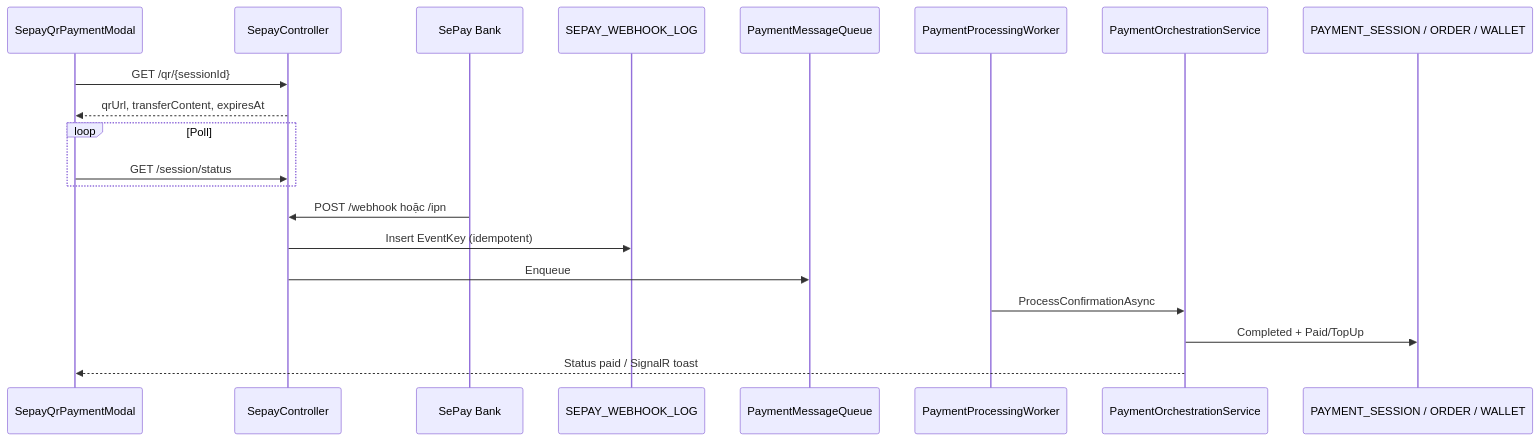
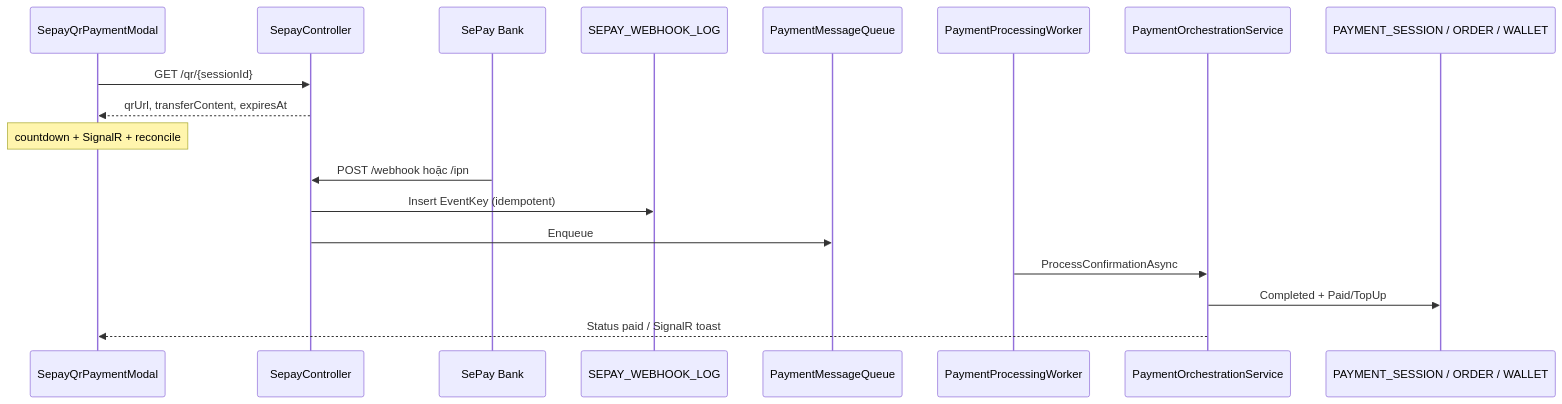
The diagram in docs/workflows/Payment_Sepay_Workflow.md (hieunh2xx/Shopping-Food), drawn with Mermaid before and after one commit. The commit also changed other lines of this file and 12 other files, not shown here.

````diff
--- a/docs/workflows/Payment_Sepay_Workflow.md
+++ b/docs/workflows/Payment_Sepay_Workflow.md
@@ -22,23 +205,21 @@
 ```mermaid
 sequenceDiagram
     participant FE as SepayQrPaymentModal
     participant SC as SepayController
     participant SePay as SePay Bank
     participant Log as SEPAY_WEBHOOK_LOG
     participant Q as PaymentMessageQueue
     participant W as PaymentProcessingWorker
     participant Orch as PaymentOrchestrationService
     participant DB as PAYMENT_SESSION / ORDER / WALLET
 
     FE->>SC: GET /qr/{sessionId}
     SC-->>FE: qrUrl, transferContent, expiresAt
-    loop Poll
-        FE->>SC: GET /session/status
-    end
+    Note over FE: countdown + SignalR + reconcile
     SePay->>SC: POST /webhook hoặc /ipn
     SC->>Log: Insert EventKey (idempotent)
     SC->>Q: Enqueue
     W->>Orch: ProcessConfirmationAsync
     Orch->>DB: Completed + Paid/TopUp
     Orch-->>FE: Status paid / SignalR toast
 ```
````
